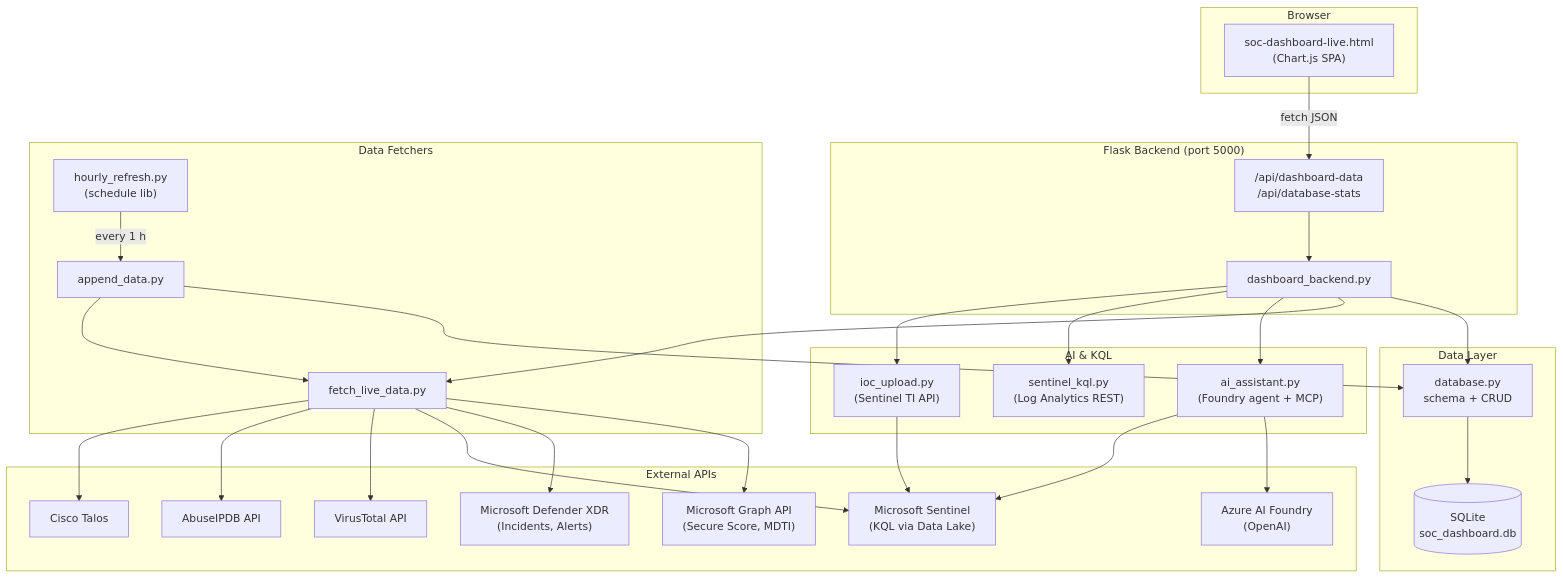
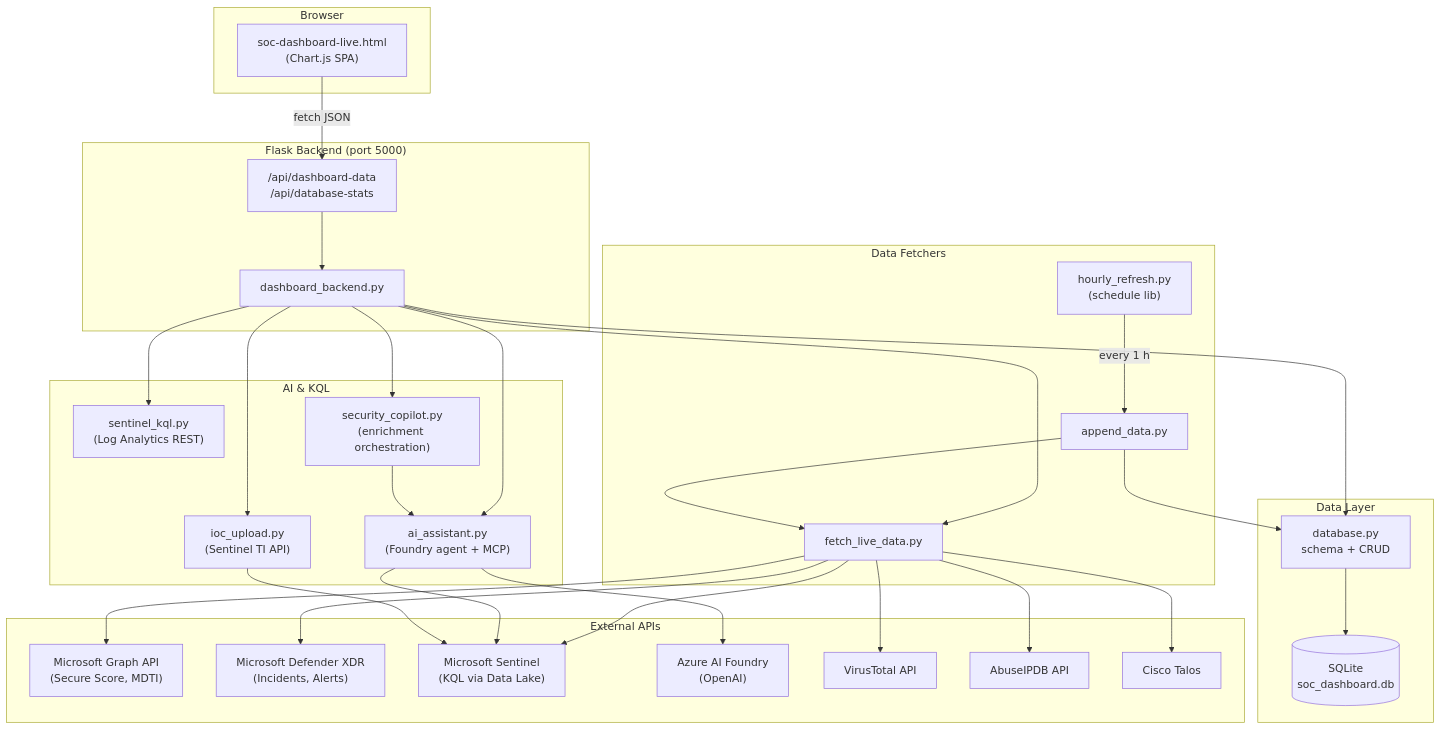
The first of 5 diagrams in docs/ARCHITECTURE.md (KingKongKent/SOC-Dashboard-for-Sentinel-Data-Lake), drawn with Mermaid before and after one commit. The commit also changed other lines of this file and 27 other files, not shown here.

````diff
--- a/docs/ARCHITECTURE.md
+++ b/docs/ARCHITECTURE.md
@@ -11,61 +11,64 @@
 ```mermaid
 graph TB
     subgraph "Browser"
         HTML["soc-dashboard-live.html<br/>(Chart.js SPA)"]
     end
 
     subgraph "Flask Backend (port 5000)"
         API["/api/dashboard-data<br/>/api/database-stats"]
         BACKEND["dashboard_backend.py"]
     end
 
     subgraph "Data Layer"
         DB[(SQLite<br/>soc_dashboard.db)]
         DBMOD["database.py<br/>schema + CRUD"]
     end
 
     subgraph "Data Fetchers"
         FETCH["fetch_live_data.py"]
         APPEND["append_data.py"]
         HOURLY["hourly_refresh.py<br/>(schedule lib)"]
     end
 
     subgraph "AI & KQL"
         AI["ai_assistant.py<br/>(Foundry agent + MCP)"]
         KQL["sentinel_kql.py<br/>(Log Analytics REST)"]
         IOC["ioc_upload.py<br/>(Sentinel TI API)"]
+        COPILOT["security_copilot.py<br/>(enrichment orchestration)"]
     end
 
     subgraph "External APIs"
         GRAPH["Microsoft Graph API<br/>(Secure Score, MDTI)"]
         DEFENDER["Microsoft Defender XDR<br/>(Incidents, Alerts)"]
         SENTINEL["Microsoft Sentinel<br/>(KQL via Data Lake)"]
         FOUNDRY["Azure AI Foundry<br/>(OpenAI)"]
         VT["VirusTotal API"]
         ABUSE["AbuseIPDB API"]
         TALOS["Cisco Talos"]
     end
 
     HTML -->|"fetch JSON"| API
     API --> BACKEND
     BACKEND --> DBMOD
     DBMOD --> DB
     BACKEND --> FETCH
     BACKEND --> AI
     BACKEND --> KQL
     BACKEND --> IOC
+    BACKEND --> COPILOT
+    COPILOT --> AI
 
     HOURLY -->|"every 1 h"| APPEND
     APPEND --> DBMOD
     APPEND --> FETCH
 
     FETCH --> GRAPH
     FETCH --> DEFENDER
     FETCH --> SENTINEL
     FETCH --> VT
     FETCH --> ABUSE
     FETCH --> TALOS
     AI --> FOUNDRY
     AI --> SENTINEL
     IOC --> SENTINEL
 ```
````
